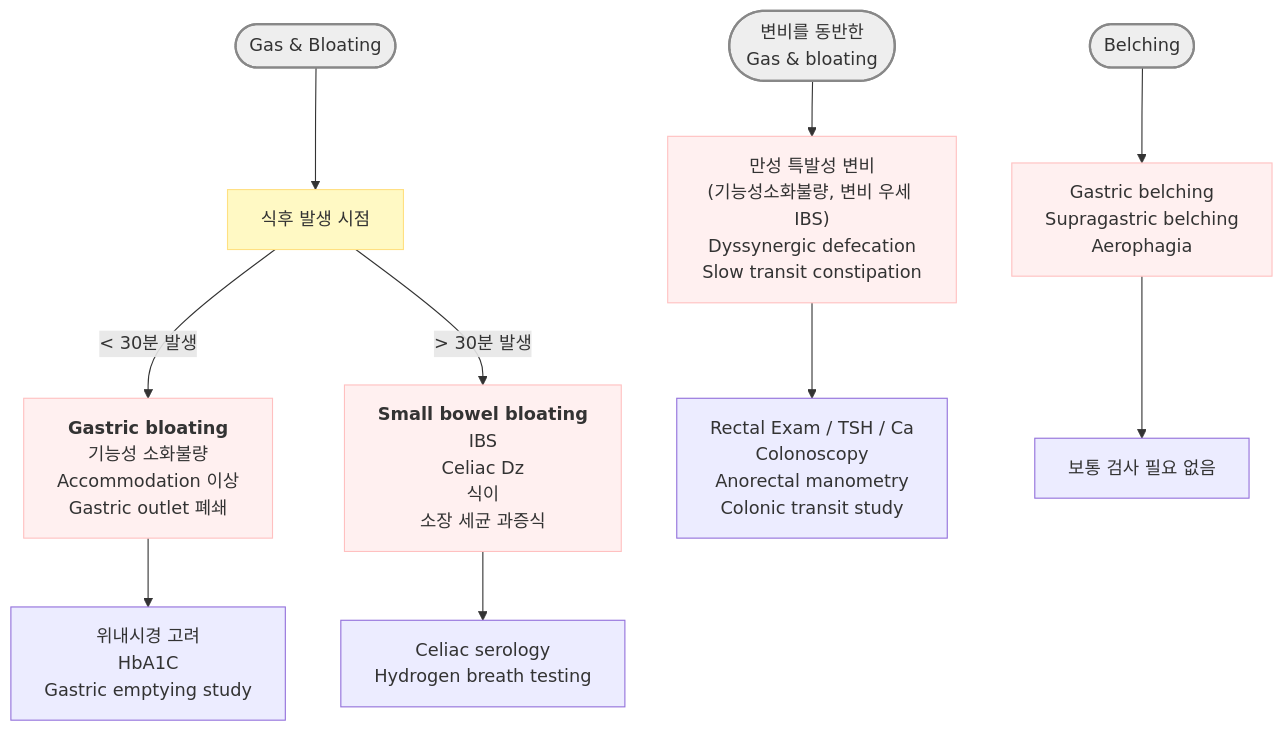
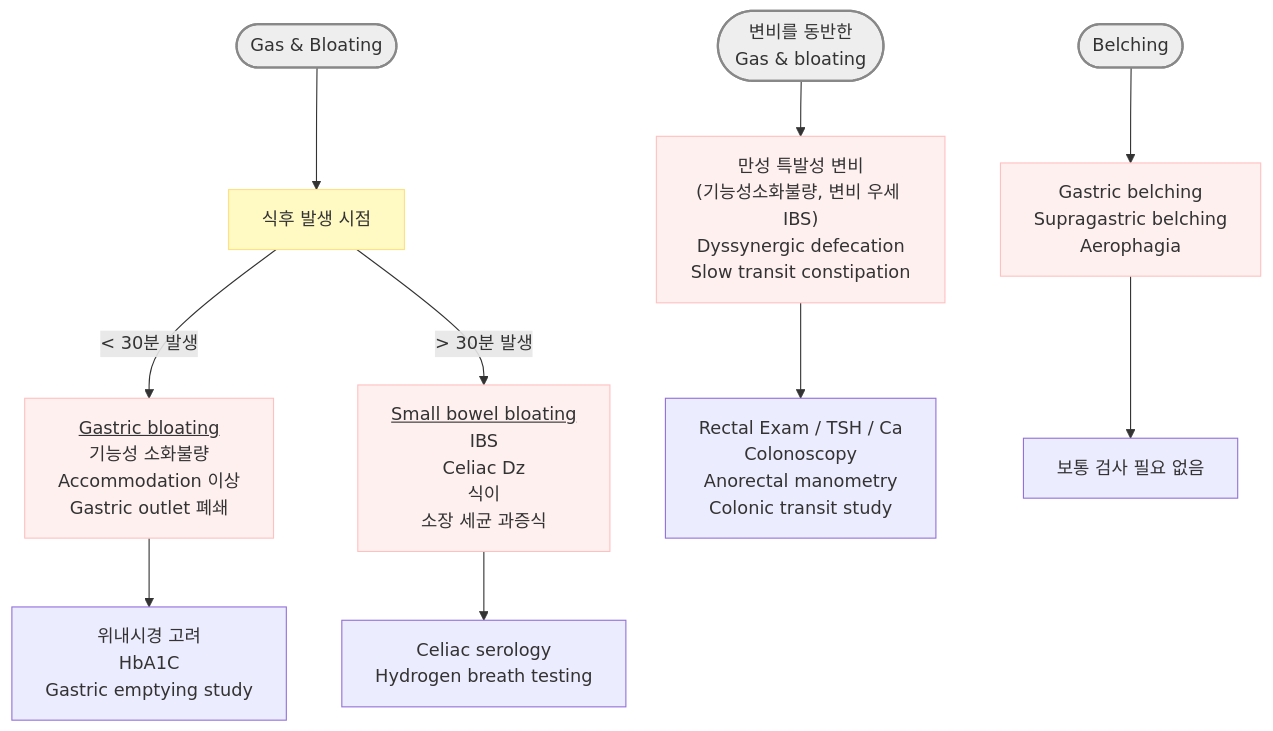
One commit to familyoh77/familyoh77 changed the first of 2 diagrams in 224_/075_-indigestion-dyspepsia.md. Above: the diagram before and after it, drawn with Mermaid. The commit also changed other lines of this file and 1 other file, not shown here.

````diff
--- a/224_/075_-indigestion-dyspepsia.md
+++ b/224_/075_-indigestion-dyspepsia.md
@@ -221,22 +209,22 @@
 ```mermaid
 graph TD
     A1([Gas & Bloating]) --> B1[식후 발생 시점]
-    B1 -- "< 30분 발생" --> C1["<b>Gastric bloating</b><br/>기능성 소화불량<br/>Accommodation 이상<br/>Gastric outlet 폐쇄"]
-    B1 -- "> 30분 발생" --> D1["<b>Small bowel bloating</b><br/>IBS<br/>Celiac Dz<br/>식이<br/>소장 세균 과증식"]
+    B1 -- "< 30분 발생" --> C1["<u>Gastric bloating</u><br/>기능성 소화불량<br/>Accommodation 이상<br/>Gastric outlet 폐쇄"]
+    B1 -- "> 30분 발생" --> D1["<u>Small bowel bloating</u><br/>IBS<br/>Celiac Dz<br/>식이<br/>소장 세균 과증식"]
     C1 --> E1["위내시경 고려<br/>HbA1C<br/>Gastric emptying study"]
     D1 --> F1["Celiac serology<br/>Hydrogen breath testing"]
 
     A2(["변비를 동반한<br/>Gas & bloating"]) --> C2["만성 특발성 변비<br/>(기능성소화불량, 변비 우세 IBS)<br/>Dyssynergic defecation<br/>Slow transit constipation"]
     C2 --> E2["Rectal Exam / TSH / Ca<br/>Colonoscopy<br/>Anorectal manometry<br/>Colonic transit study"]
 
     A3([Belching]) --> C3["Gastric belching<br/>Supragastric belching<br/>Aerophagia"]
     C3 --> E3[보통 검사 필요 없음]
 
     classDef gray fill:#eeeeee,stroke:#888888,stroke-width:2px
     class A1,A2,A3 gray
     style B1 fill:#fff9c4,stroke:#ffe082
     style C1 fill:#FFF0F0,stroke:#FFC0C0
     style D1 fill:#FFF0F0,stroke:#FFC0C0
     style C2 fill:#FFF0F0,stroke:#FFC0C0
     style C3 fill:#FFF0F0,stroke:#FFC0C0
 ```
````
